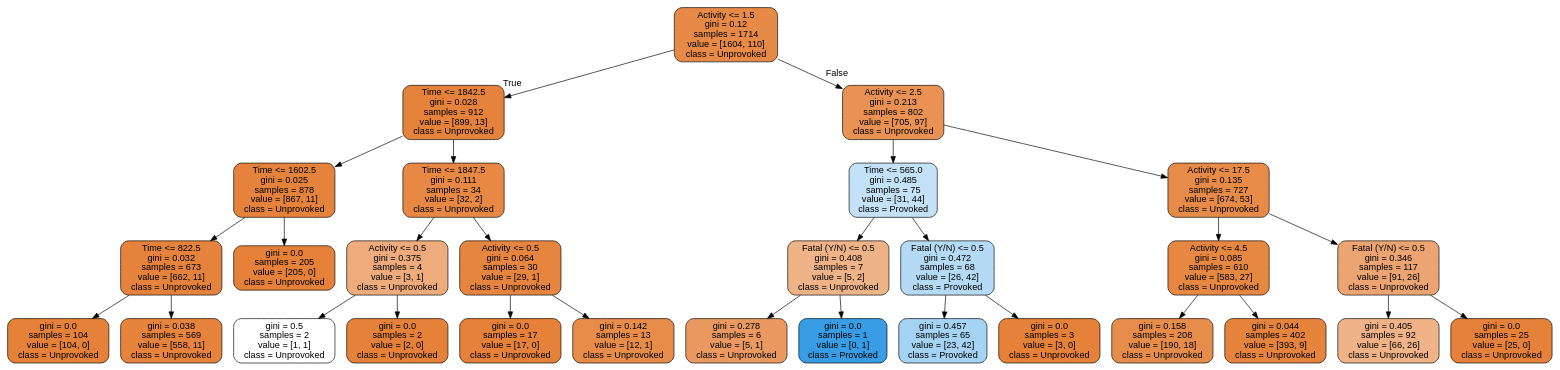
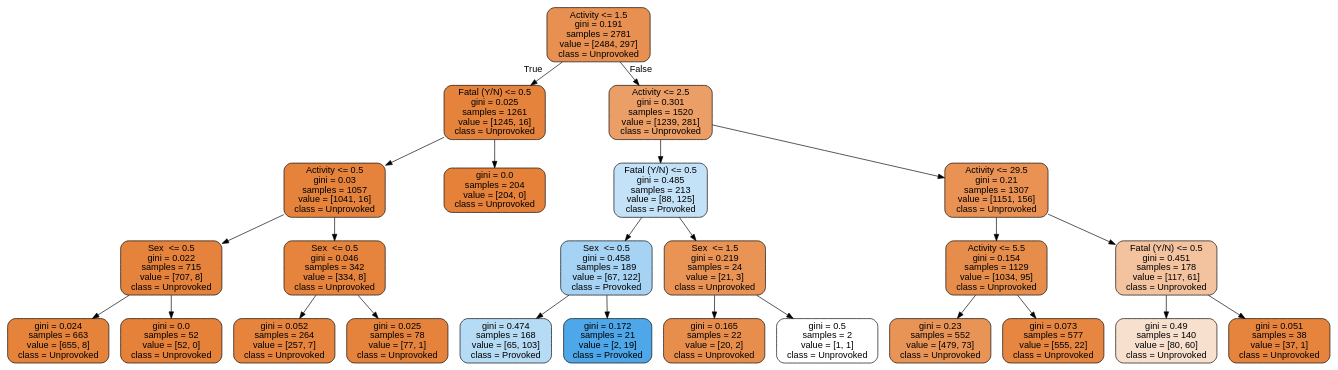
One commit to joshuapalicka/SharkAttackAnalysis changed the diagram in shark_attack_tree.dot. Above: the diagram before and after it, drawn with Graphviz. The commit also changed 4 other files, not shown here.

```diff
--- a/shark_attack_tree.dot
+++ b/shark_attack_tree.dot
@@ -1,61 +1,53 @@
 digraph Tree {
 node [shape=box, style="filled, rounded", color="black", fontname=helvetica] ;
 edge [fontname=helvetica] ;
-0 [label="Activity <= 1.5\ngini = 0.12\nsamples = 1714\nvalue = [1604, 110]\nclass = Unprovoked", fillcolor="#e78a47"] ;
-1 [label="Time <= 1842.5\ngini = 0.028\nsamples = 912\nvalue = [899, 13]\nclass = Unprovoked", fillcolor="#e5833c"] ;
+0 [label="Activity <= 1.5\ngini = 0.191\nsamples = 2781\nvalue = [2484, 297]\nclass = Unprovoked", fillcolor="#e89051"] ;
+1 [label="Fatal (Y/N) <= 0.5\ngini = 0.025\nsamples = 1261\nvalue = [1245, 16]\nclass = Unprovoked", fillcolor="#e5833c"] ;
 0 -> 1 [labeldistance=2.5, labelangle=45, headlabel="True"] ;
-2 [label="Time <= 1602.5\ngini = 0.025\nsamples = 878\nvalue = [867, 11]\nclass = Unprovoked", fillcolor="#e5833c"] ;
+2 [label="Activity <= 0.5\ngini = 0.03\nsamples = 1057\nvalue = [1041, 16]\nclass = Unprovoked", fillcolor="#e5833c"] ;
 1 -> 2 ;
-3 [label="Time <= 822.5\ngini = 0.032\nsamples = 673\nvalue = [662, 11]\nclass = Unprovoked", fillcolor="#e5833c"] ;
+3 [label="Sex  <= 0.5\ngini = 0.022\nsamples = 715\nvalue = [707, 8]\nclass = Unprovoked", fillcolor="#e5823b"] ;
 2 -> 3 ;
-4 [label="gini = 0.0\nsamples = 104\nvalue = [104, 0]\nclass = Unprovoked", fillcolor="#e58139"] ;
+4 [label="gini = 0.024\nsamples = 663\nvalue = [655, 8]\nclass = Unprovoked", fillcolor="#e5833b"] ;
 3 -> 4 ;
-5 [label="gini = 0.038\nsamples = 569\nvalue = [558, 11]\nclass = Unprovoked", fillcolor="#e6833d"] ;
+5 [label="gini = 0.0\nsamples = 52\nvalue = [52, 0]\nclass = Unprovoked", fillcolor="#e58139"] ;
 3 -> 5 ;
-6 [label="gini = 0.0\nsamples = 205\nvalue = [205, 0]\nclass = Unprovoked", fillcolor="#e58139"] ;
+6 [label="Sex  <= 0.5\ngini = 0.046\nsamples = 342\nvalue = [334, 8]\nclass = Unprovoked", fillcolor="#e6843e"] ;
 2 -> 6 ;
-7 [label="Time <= 1847.5\ngini = 0.111\nsamples = 34\nvalue = [32, 2]\nclass = Unprovoked", fillcolor="#e78945"] ;
-1 -> 7 ;
-8 [label="Activity <= 0.5\ngini = 0.375\nsamples = 4\nvalue = [3, 1]\nclass = Unprovoked", fillcolor="#eeab7b"] ;
-7 -> 8 ;
-9 [label="gini = 0.5\nsamples = 2\nvalue = [1, 1]\nclass = Unprovoked", fillcolor="#ffffff"] ;
-8 -> 9 ;
-10 [label="gini = 0.0\nsamples = 2\nvalue = [2, 0]\nclass = Unprovoked", fillcolor="#e58139"] ;
-8 -> 10 ;
-11 [label="Activity <= 0.5\ngini = 0.064\nsamples = 30\nvalue = [29, 1]\nclass = Unprovoked", fillcolor="#e68540"] ;
-7 -> 11 ;
-12 [label="gini = 0.0\nsamples = 17\nvalue = [17, 0]\nclass = Unprovoked", fillcolor="#e58139"] ;
+7 [label="gini = 0.052\nsamples = 264\nvalue = [257, 7]\nclass = Unprovoked", fillcolor="#e6843e"] ;
+6 -> 7 ;
+8 [label="gini = 0.025\nsamples = 78\nvalue = [77, 1]\nclass = Unprovoked", fillcolor="#e5833c"] ;
+6 -> 8 ;
+9 [label="gini = 0.0\nsamples = 204\nvalue = [204, 0]\nclass = Unprovoked", fillcolor="#e58139"] ;
+1 -> 9 ;
+10 [label="Activity <= 2.5\ngini = 0.301\nsamples = 1520\nvalue = [1239, 281]\nclass = Unprovoked", fillcolor="#eb9e66"] ;
+0 -> 10 [labeldistance=2.5, labelangle=-45, headlabel="False"] ;
+11 [label="Fatal (Y/N) <= 0.5\ngini = 0.485\nsamples = 213\nvalue = [88, 125]\nclass = Provoked", fillcolor="#c4e2f7"] ;
+10 -> 11 ;
+12 [label="Sex  <= 0.5\ngini = 0.458\nsamples = 189\nvalue = [67, 122]\nclass = Provoked", fillcolor="#a6d3f3"] ;
 11 -> 12 ;
-13 [label="gini = 0.142\nsamples = 13\nvalue = [12, 1]\nclass = Unprovoked", fillcolor="#e78c49"] ;
-11 -> 13 ;
-14 [label="Activity <= 2.5\ngini = 0.213\nsamples = 802\nvalue = [705, 97]\nclass = Unprovoked", fillcolor="#e99254"] ;
-0 -> 14 [labeldistance=2.5, labelangle=-45, headlabel="False"] ;
-15 [label="Time <= 565.0\ngini = 0.485\nsamples = 75\nvalue = [31, 44]\nclass = Provoked", fillcolor="#c4e2f7"] ;
-14 -> 15 ;
-16 [label="Fatal (Y/N) <= 0.5\ngini = 0.408\nsamples = 7\nvalue = [5, 2]\nclass = Unprovoked", fillcolor="#efb388"] ;
+13 [label="gini = 0.474\nsamples = 168\nvalue = [65, 103]\nclass = Provoked", fillcolor="#b6dbf5"] ;
+12 -> 13 ;
+14 [label="gini = 0.172\nsamples = 21\nvalue = [2, 19]\nclass = Provoked", fillcolor="#4ea7e8"] ;
+12 -> 14 ;
+15 [label="Sex  <= 1.5\ngini = 0.219\nsamples = 24\nvalue = [21, 3]\nclass = Unprovoked", fillcolor="#e99355"] ;
+11 -> 15 ;
+16 [label="gini = 0.165\nsamples = 22\nvalue = [20, 2]\nclass = Unprovoked", fillcolor="#e88e4d"] ;
 15 -> 16 ;
-17 [label="gini = 0.278\nsamples = 6\nvalue = [5, 1]\nclass = Unprovoked", fillcolor="#ea9a61"] ;
-16 -> 17 ;
-18 [label="gini = 0.0\nsamples = 1\nvalue = [0, 1]\nclass = Provoked", fillcolor="#399de5"] ;
-16 -> 18 ;
-19 [label="Fatal (Y/N) <= 0.5\ngini = 0.472\nsamples = 68\nvalue = [26, 42]\nclass = Provoked", fillcolor="#b4daf5"] ;
-15 -> 19 ;
-20 [label="gini = 0.457\nsamples = 65\nvalue = [23, 42]\nclass = Provoked", fillcolor="#a5d3f3"] ;
+17 [label="gini = 0.5\nsamples = 2\nvalue = [1, 1]\nclass = Unprovoked", fillcolor="#ffffff"] ;
+15 -> 17 ;
+18 [label="Activity <= 29.5\ngini = 0.21\nsamples = 1307\nvalue = [1151, 156]\nclass = Unprovoked", fillcolor="#e99254"] ;
+10 -> 18 ;
+19 [label="Activity <= 5.5\ngini = 0.154\nsamples = 1129\nvalue = [1034, 95]\nclass = Unprovoked", fillcolor="#e78d4b"] ;
+18 -> 19 ;
+20 [label="gini = 0.23\nsamples = 552\nvalue = [479, 73]\nclass = Unprovoked", fillcolor="#e99457"] ;
 19 -> 20 ;
-21 [label="gini = 0.0\nsamples = 3\nvalue = [3, 0]\nclass = Unprovoked", fillcolor="#e58139"] ;
+21 [label="gini = 0.073\nsamples = 577\nvalue = [555, 22]\nclass = Unprovoked", fillcolor="#e68641"] ;
 19 -> 21 ;
-22 [label="Activity <= 17.5\ngini = 0.135\nsamples = 727\nvalue = [674, 53]\nclass = Unprovoked", fillcolor="#e78b49"] ;
-14 -> 22 ;
-23 [label="Activity <= 4.5\ngini = 0.085\nsamples = 610\nvalue = [583, 27]\nclass = Unprovoked", fillcolor="#e68742"] ;
+22 [label="Fatal (Y/N) <= 0.5\ngini = 0.451\nsamples = 178\nvalue = [117, 61]\nclass = Unprovoked", fillcolor="#f3c3a0"] ;
+18 -> 22 ;
+23 [label="gini = 0.49\nsamples = 140\nvalue = [80, 60]\nclass = Unprovoked", fillcolor="#f8e0ce"] ;
 22 -> 23 ;
-24 [label="gini = 0.158\nsamples = 208\nvalue = [190, 18]\nclass = Unprovoked", fillcolor="#e78d4c"] ;
-23 -> 24 ;
-25 [label="gini = 0.044\nsamples = 402\nvalue = [393, 9]\nclass = Unprovoked", fillcolor="#e6843e"] ;
-23 -> 25 ;
-26 [label="Fatal (Y/N) <= 0.5\ngini = 0.346\nsamples = 117\nvalue = [91, 26]\nclass = Unprovoked", fillcolor="#eca572"] ;
-22 -> 26 ;
-27 [label="gini = 0.405\nsamples = 92\nvalue = [66, 26]\nclass = Unprovoked", fillcolor="#efb387"] ;
-26 -> 27 ;
-28 [label="gini = 0.0\nsamples = 25\nvalue = [25, 0]\nclass = Unprovoked", fillcolor="#e58139"] ;
-26 -> 28 ;
+24 [label="gini = 0.051\nsamples = 38\nvalue = [37, 1]\nclass = Unprovoked", fillcolor="#e6843e"] ;
+22 -> 24 ;
 }
```
